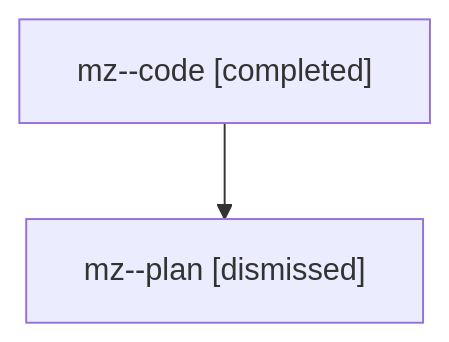
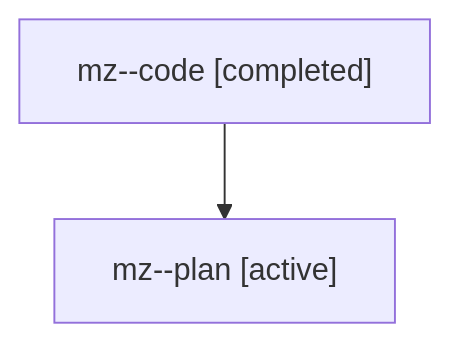
One commit to sase-org/sase--agents changed the diagram in families/bbugyi200.athena.mz.md. Above: the diagram before and after it, drawn with Mermaid. The commit also changed other lines of this file and 5813 other files, not shown here.

````diff
--- a/families/bbugyi200.athena.mz.md
+++ b/families/bbugyi200.athena.mz.md
@@ -9,6 +9,6 @@
 ```mermaid
 flowchart TD
   n0["mz--code [completed]"]
-  n1["mz--plan [dismissed]"]
+  n1["mz--plan [active]"]
   n0 --> n1
 ```
````
